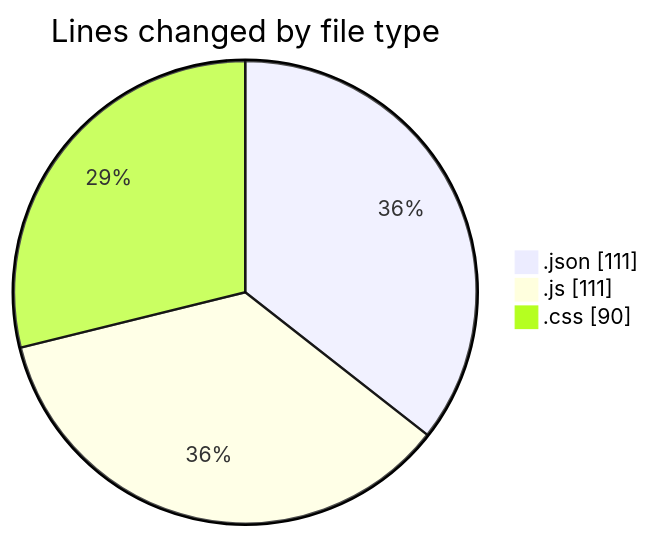
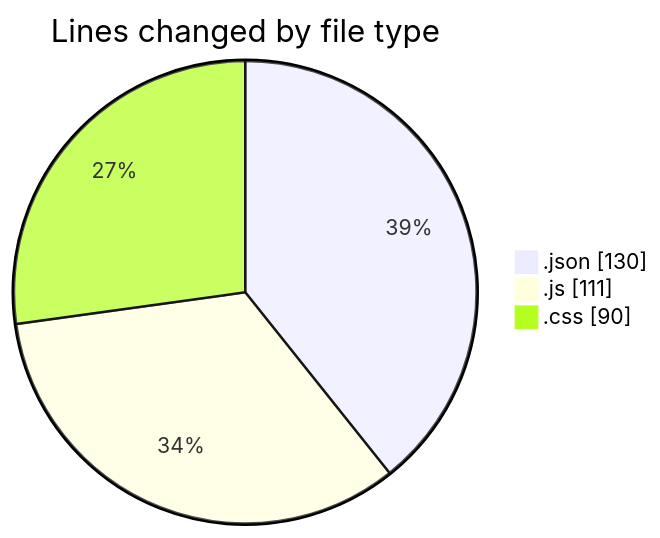
One commit to donsfak/code-tracking changed the first of 2 diagrams in 2025-03-13/ai_agent/README.md. Above: the diagram before and after it, drawn with Mermaid. The commit also changed other lines of this file and 1 other file, not shown here.

````diff
--- a/2025-03-13/ai_agent/README.md
+++ b/2025-03-13/ai_agent/README.md
@@ -22,7 +23,7 @@
 ```mermaid
 pie showData
 title Lines changed by file type
-".json" : 111
+".json" : 130
 ".js" : 111
 ".css" : 90
 ```
````
